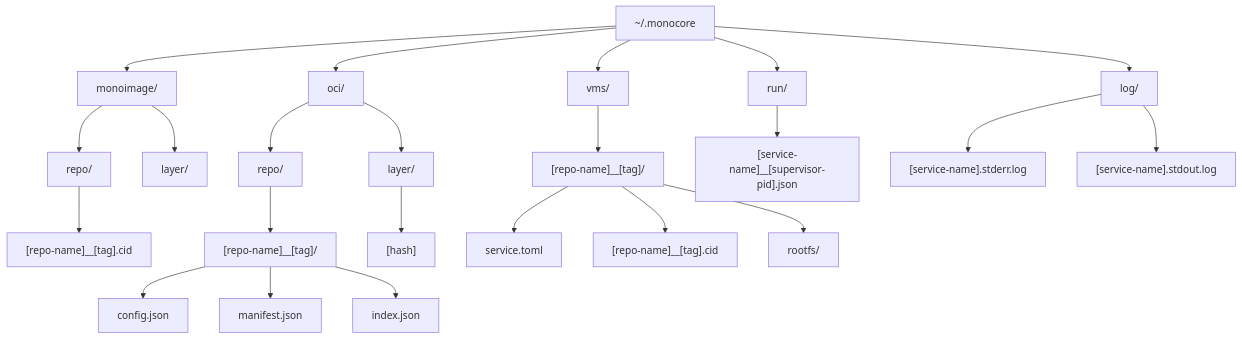
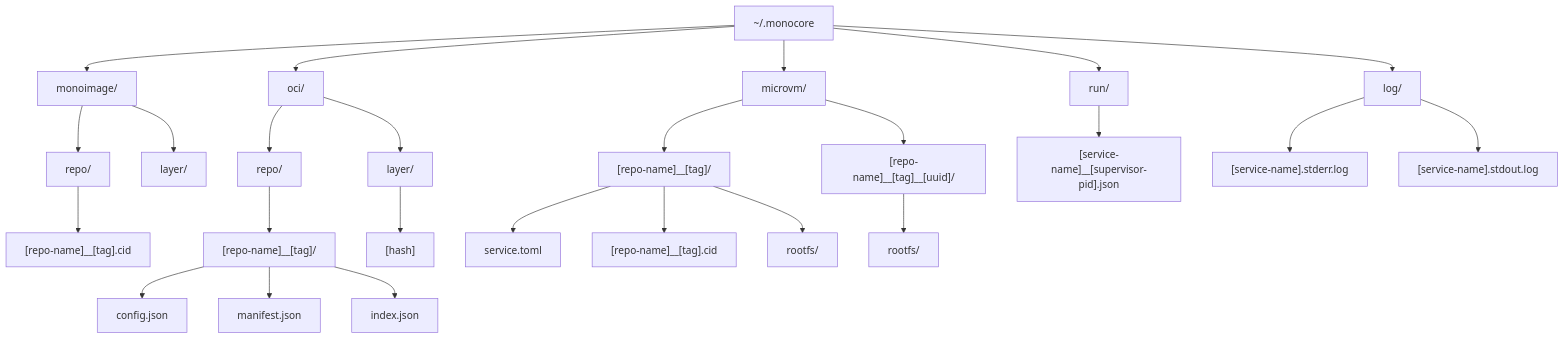
One commit to zerocore-ai/monocore changed the diagram in monocore/README.md. Above: the diagram before and after it, drawn with Mermaid. The commit also changed other lines of this file and 5 other files, not shown here.

````diff
--- a/monocore/README.md
+++ b/monocore/README.md
@@ -6,29 +57,31 @@
 ```mermaid
 graph TD
-    A[~/.monocore] --> B[monoimage/]
-    B --> C[repo/]
-    C --> D["[repo-name]__[tag].cid"]
-    B --> E[layer/]
+    monocore_root[~/.monocore] --> monoimage[monoimage/]
+    monoimage --> monoimage_repo[repo/]
+    monoimage_repo --> monoimage_cid["[repo-name]__[tag].cid"]
+    monoimage --> monoimage_layer[layer/]
 
-    A --> F[oci/]
-    F --> G[repo/]
-    G --> H["[repo-name]__[tag]/"]
-    H --> I[config.json]
-    H --> J[manifest.json]
-    H --> K[index.json]
-    F --> L[layer/]
-    L --> M["[hash]"]
+    monocore_root --> oci[oci/]
+    oci --> oci_repo[repo/]
+    oci_repo --> oci_tag["[repo-name]__[tag]/"]
+    oci_tag --> oci_config[config.json]
+    oci_tag --> oci_manifest[manifest.json]
+    oci_tag --> oci_index[index.json]
+    oci --> oci_layer[layer/]
+    oci_layer --> oci_layer_hash["[hash]"]
 
-    A --> N[vms/]
-    N --> O["[repo-name]__[tag]/"]
-    O --> P[service.toml]
-    O --> Q["[repo-name]__[tag].cid"]
-    O --> R[rootfs/]
+    monocore_root --> microvm[microvm/]
+    microvm --> microvm_tag["[repo-name]__[tag]/"]
+    microvm --> microvm_instance["[repo-name]__[tag]__[uuid]/"]
+    microvm_tag --> microvm_service[service.toml]
+    microvm_tag --> microvm_cid["[repo-name]__[tag].cid"]
+    microvm_tag --> microvm_rootfs[rootfs/]
+    microvm_instance --> microvm_instance_rootfs[rootfs/]
 
-    A --> S[run/]
-    S --> T["[service-name]__[supervisor-pid].json"]
+    monocore_root --> run[run/]
+    run --> run_service["[service-name]__[supervisor-pid].json"]
 
-    A --> U[log/]
-    U --> V["[service-name].stderr.log"]
-    U --> W["[service-name].stdout.log"]
+    monocore_root --> log[log/]
+    log --> log_stderr["[service-name].stderr.log"]
+    log --> log_stdout["[service-name].stdout.log"]
 ```
````
